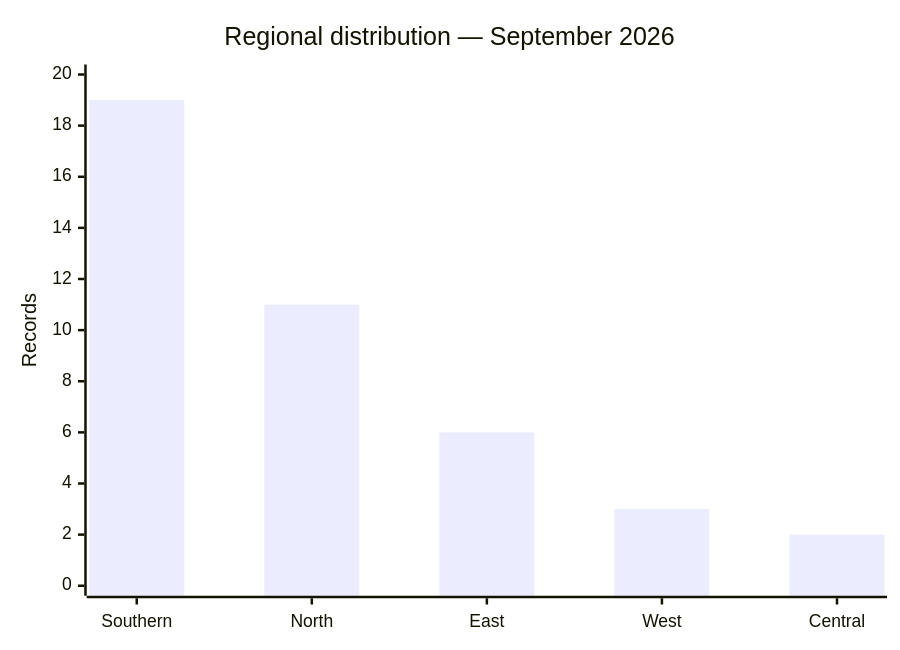
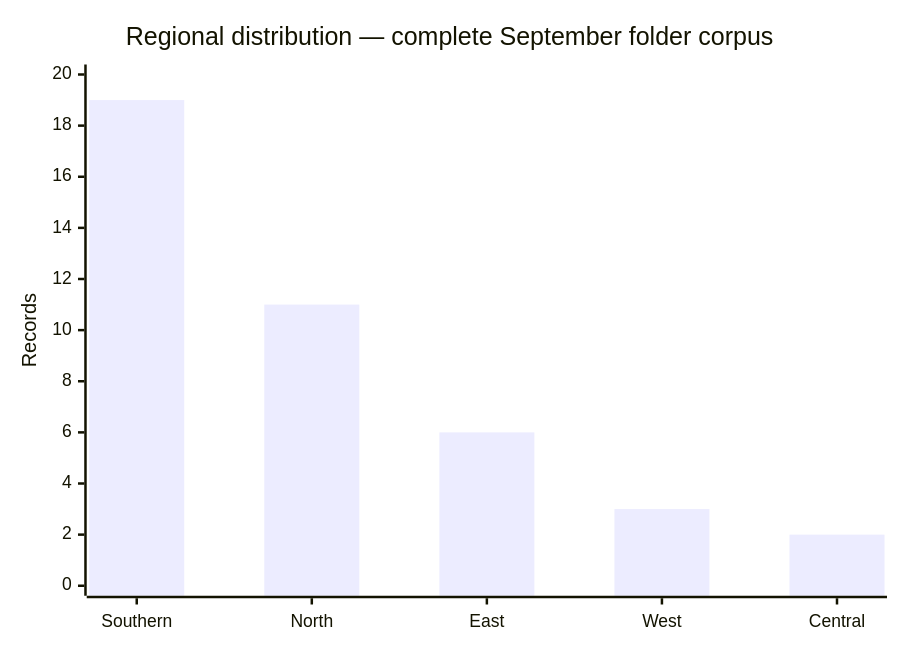
One commit to Hatchepsoute/AFRINTEL changed the fifth of 10 diagrams in CyberAttackAfrica/2026/09-september/README.md. Above: the diagram before and after it, drawn with Mermaid. The commit also changed other lines of this file and 30 other files, not shown here.

````diff
--- a/CyberAttackAfrica/2026/09-september/README.md
+++ b/CyberAttackAfrica/2026/09-september/README.md
@@ -128,7 +178,7 @@
 ```mermaid
 xychart-beta
-    title "Regional distribution — September 2026"
+    title "Regional distribution — complete September folder corpus"
     x-axis [Southern, North, East, West, Central]
     y-axis "Records" 0 --> 20
     bar [19, 11, 6, 3, 2]
 ```
````
